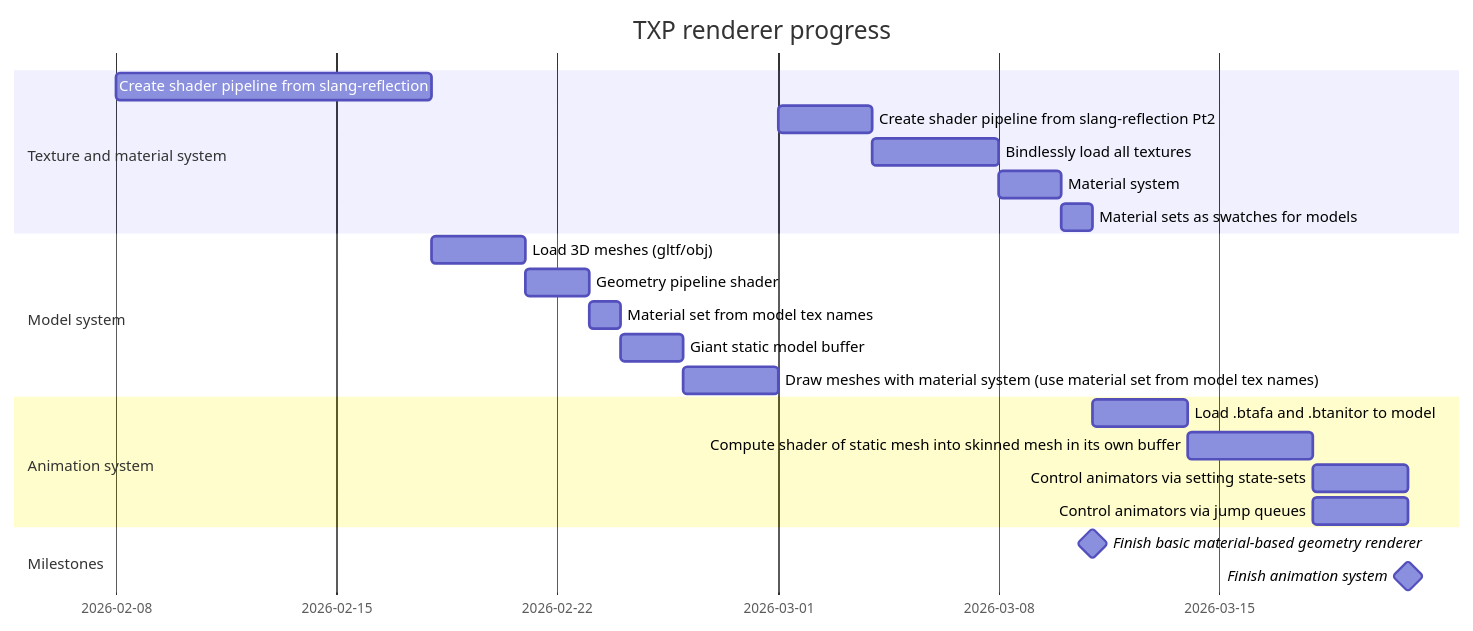
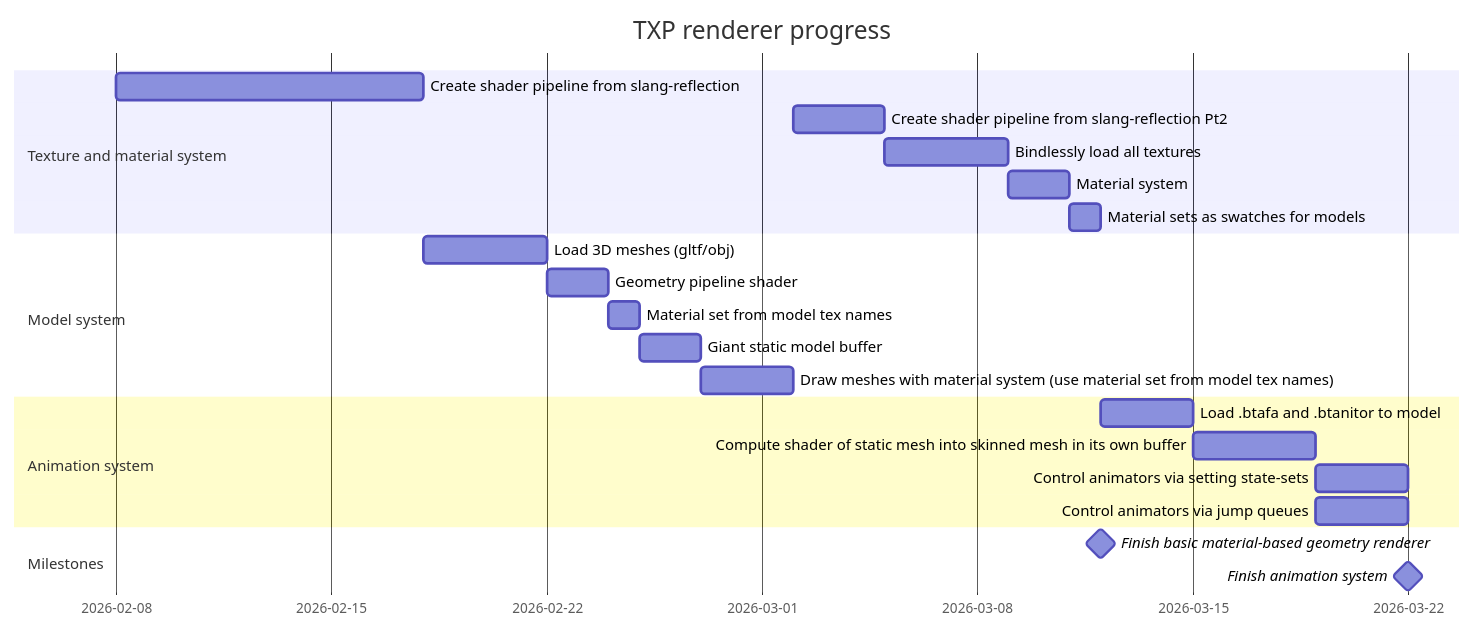
One commit to TheaGal/TXP_renderer changed the first of 2 diagrams in README.md. Above: the diagram before and after it, drawn with Mermaid. The commit also changed 8 other files, not shown here.

````diff
--- a/README.md
+++ b/README.md
@@ -78,25 +78,25 @@
 ```mermaid
 gantt
     title TXP renderer progress
     dateFormat YYYY/MM/DD
     section Texture and material system
         Create shader pipeline from slang-reflection  : a1, 2026/02/08, 10d
         Create shader pipeline from slang-reflection Pt2  : a1_1, after a8, 3d
         Bindlessly load all textures          : a2, after a1_1, 4d
         Material system                       : a3, after a2, 2d
         Material sets as swatches for models  : a4, after a3, 1d
     section Model system
-        Load 3D meshes (gltf/obj)         : a5, after a1, 3d
+        Load 3D meshes (gltf/obj)         : a5, after a1, 4d
         Geometry pipeline shader          : a5_1, after a5, 2d
         Material set from model tex names : a6, after a5_1, 1d
         Giant static model buffer         : a7, after a6, 2d
         Draw meshes with material system (use material set from model tex names)  : a8, after a7, 3d
     section Animation system
         Load .btafa and .btanitor to model : a9, after m1, 3d
         Compute shader of static mesh into skinned mesh in its own buffer : a10, after a9, 4d
         Control animators via setting state-sets : a11, after a10, 3d
         Control animators via jump queues : a12, after a10, 3d
     section Milestones
         Finish basic material-based geometry renderer : milestone, m1, after a4, 0d
         Finish animation system : milestone, m2, after a12, 0d
 ```
````
